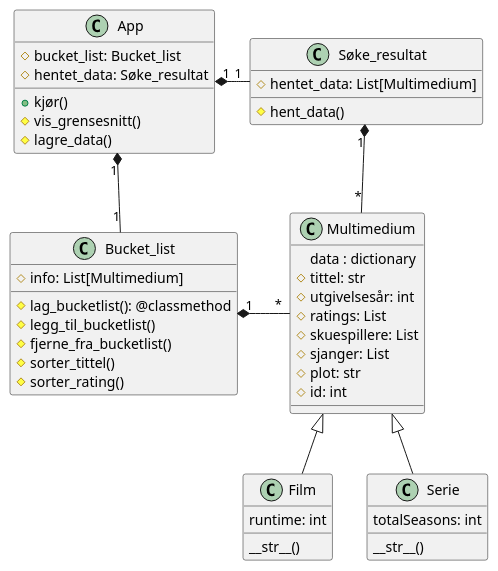
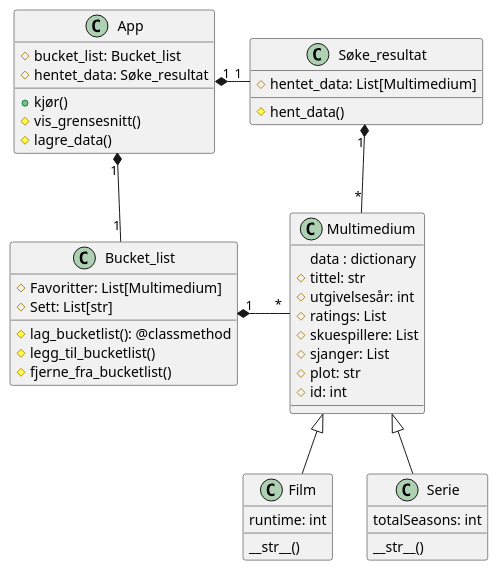
The diagram in OMDbCLI.plantuml (viva2004/API-OMDb), drawn with PlantUML before and after one commit. The commit also changed 14 other files, not shown here.

```diff
--- a/OMDbCLI.plantuml
+++ b/OMDbCLI.plantuml
@@ -1,54 +1,53 @@
 @startuml Argsflix bucket list
 class App{
     # bucket_list: Bucket_list
     # hentet_data: Søke_resultat
     + kjør()
     # vis_grensesnitt()
     # lagre_data()
 }
 
 class Bucket_list{
-    # info: List[Multimedium]
+    # Favoritter: List[Multimedium]
+    # Sett: List[str]
 
     # lag_bucketlist(): @classmethod
     # legg_til_bucketlist()
     # fjerne_fra_bucketlist()
-    # sorter_tittel()
-    # sorter_rating()
 }
 
 class Søke_resultat{
     # hentet_data: List[Multimedium]
     # hent_data()
 }
 
 class Multimedium{
     data : dictionary
     # tittel: str
     # utgivelsesår: int
     # ratings: List
     # skuespillere: List
     # sjanger: List
     # plot: str
     # id: int
 }
 
 class Film{
     runtime: int
     __str__()
 }
 
 class Serie{
     totalSeasons: int
     __str__()
 }
 
 
 Multimedium <|-- Film
 Multimedium <|-- Serie
 Bucket_list "1" *-right- "*" Multimedium 
 App "1" *-down- "1" Bucket_list
 App "1" *-right- "1" Søke_resultat
 Søke_resultat "1" *-right- "*" Multimedium 
 
 @enduml
```
